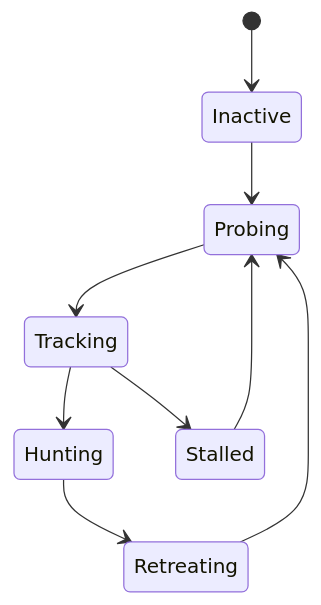
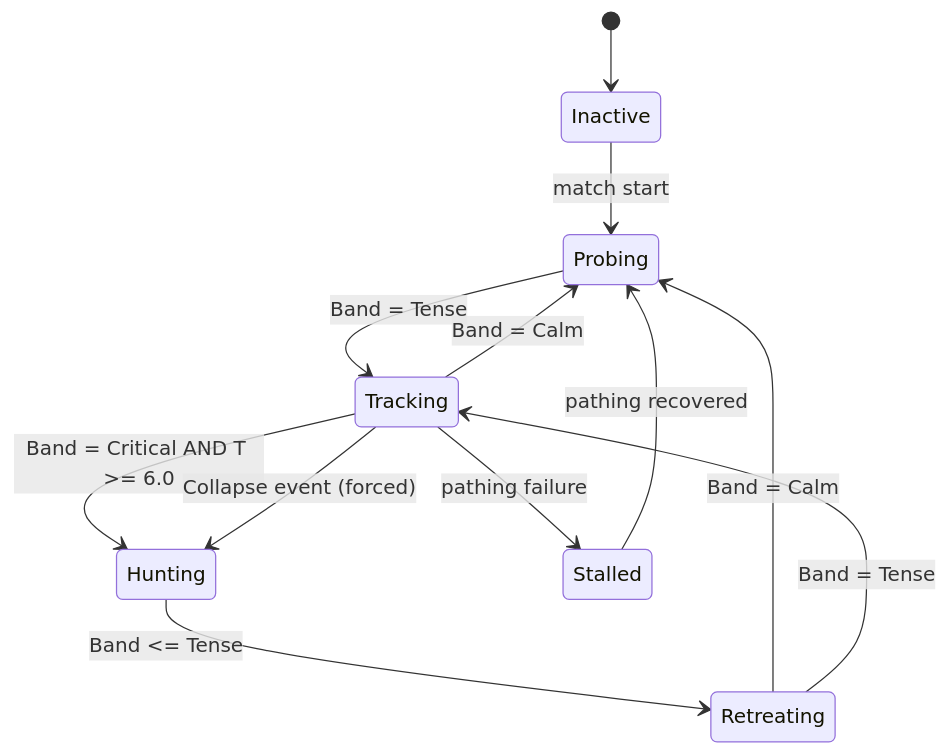
The second of 2 diagrams in Project-Echo/docs/GDD/10 Monster AI.md (snehadpatel/QuestBit), drawn with Mermaid before and after one commit. The commit also changed other lines of this file and 16 other files, not shown here.

````diff
--- a/Project-Echo/docs/GDD/10 Monster AI.md
+++ b/Project-Echo/docs/GDD/10 Monster AI.md
@@ -40,11 +42,14 @@
 ```mermaid
 stateDiagram-v2
     [*] --> Inactive
-    Inactive --> Probing
-    Probing --> Tracking
-    Tracking --> Hunting
-    Hunting --> Retreating
-    Retreating --> Probing
-    Tracking --> Stalled
-    Stalled --> Probing
+    Inactive --> Probing: match start
+    Probing --> Tracking: Band = Tense
+    Tracking --> Probing: Band = Calm
+    Tracking --> Hunting: Band = Critical AND T >= 6.0
+    Tracking --> Hunting: Collapse event (forced)
+    Hunting --> Retreating: Band <= Tense
+    Retreating --> Probing: Band = Calm
+    Retreating --> Tracking: Band = Tense
+    Tracking --> Stalled: pathing failure
+    Stalled --> Probing: pathing recovered
 ```
````
